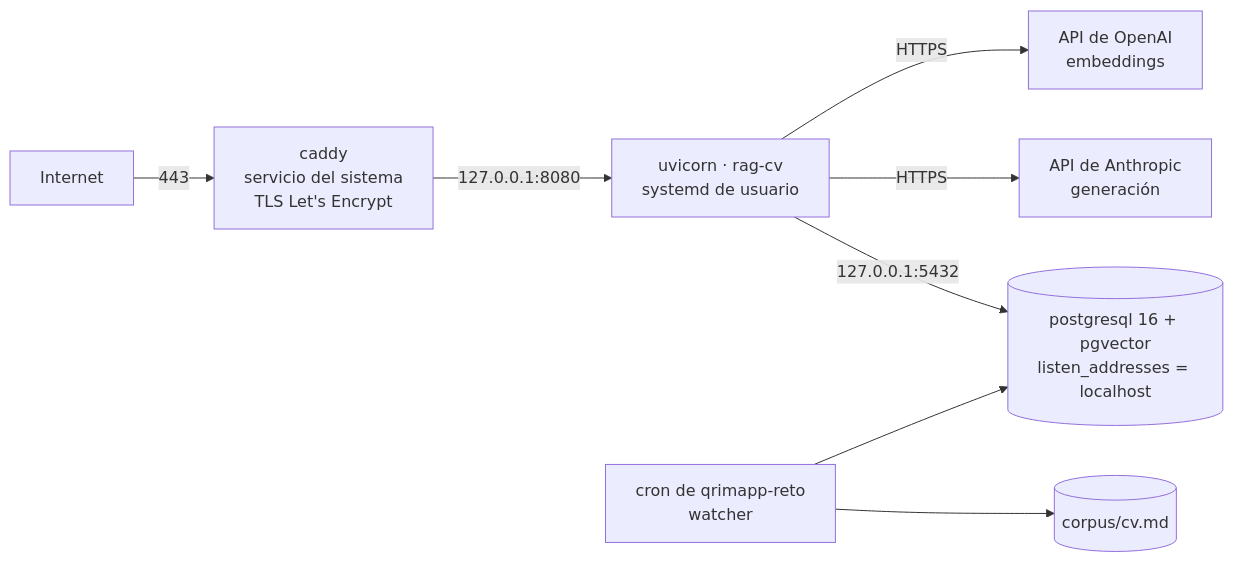
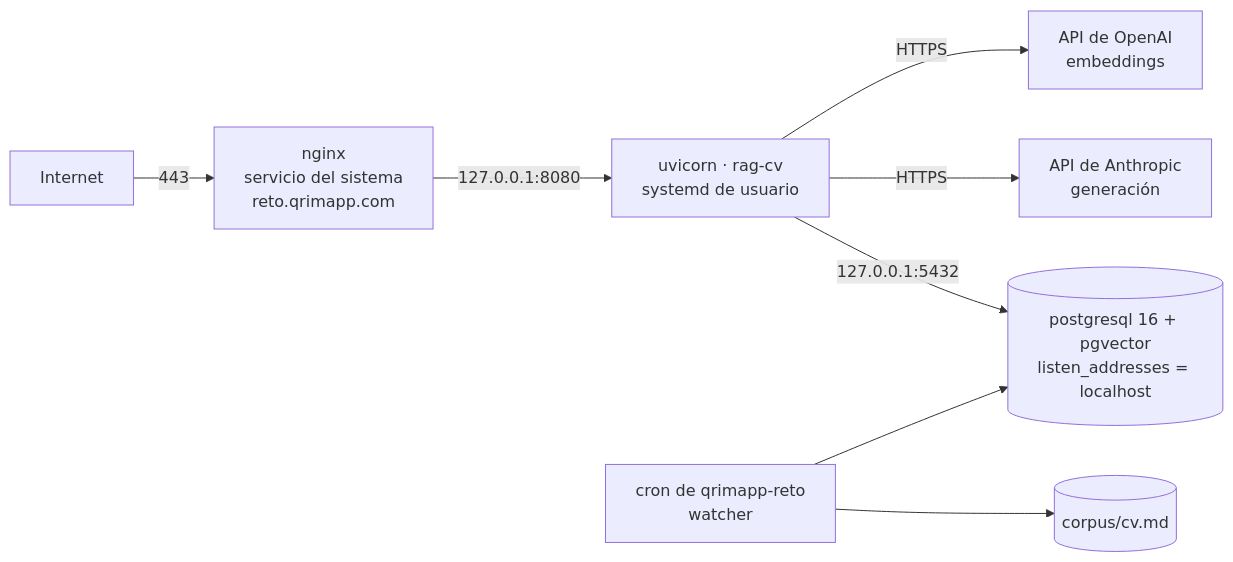
The diagram in docs/rfc/RFC-0020-topologia-nativa-de-qa-y-despliegue-por-ssh.md (e2lira/rag-cv), drawn with Mermaid before and after one commit. The commit also changed other lines of this file and 3 other files, not shown here.

````diff
--- a/docs/rfc/RFC-0020-topologia-nativa-de-qa-y-despliegue-por-ssh.md
+++ b/docs/rfc/RFC-0020-topologia-nativa-de-qa-y-despliegue-por-ssh.md
@@ -38,10 +38,10 @@
 ```mermaid
 flowchart LR
-    I["Internet"] -->|443| CD["caddy<br/>servicio del sistema<br/>TLS Let's Encrypt"]
+    I["Internet"] -->|443| CD["nginx<br/>servicio del sistema<br/>reto.qrimapp.com"]
     CD -->|127.0.0.1:8080| API["uvicorn · rag-cv<br/>systemd de usuario"]
     API -->|127.0.0.1:5432| DB[("postgresql 16 + pgvector<br/>listen_addresses = localhost")]
     API -->|HTTPS| AN["API de Anthropic<br/>generación"]
     API -->|HTTPS| OA["API de OpenAI<br/>embeddings"]
     CR["cron de qrimapp-reto<br/>watcher"] --> CV[("corpus/cv.md")]
     CR --> DB
 ```
````
